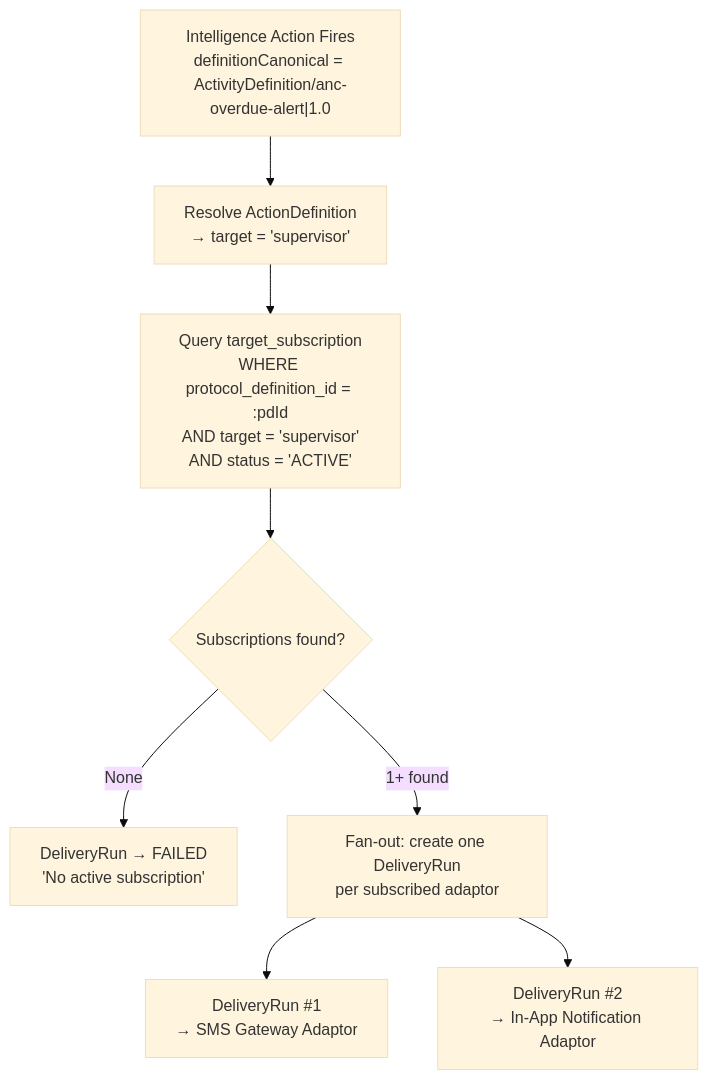
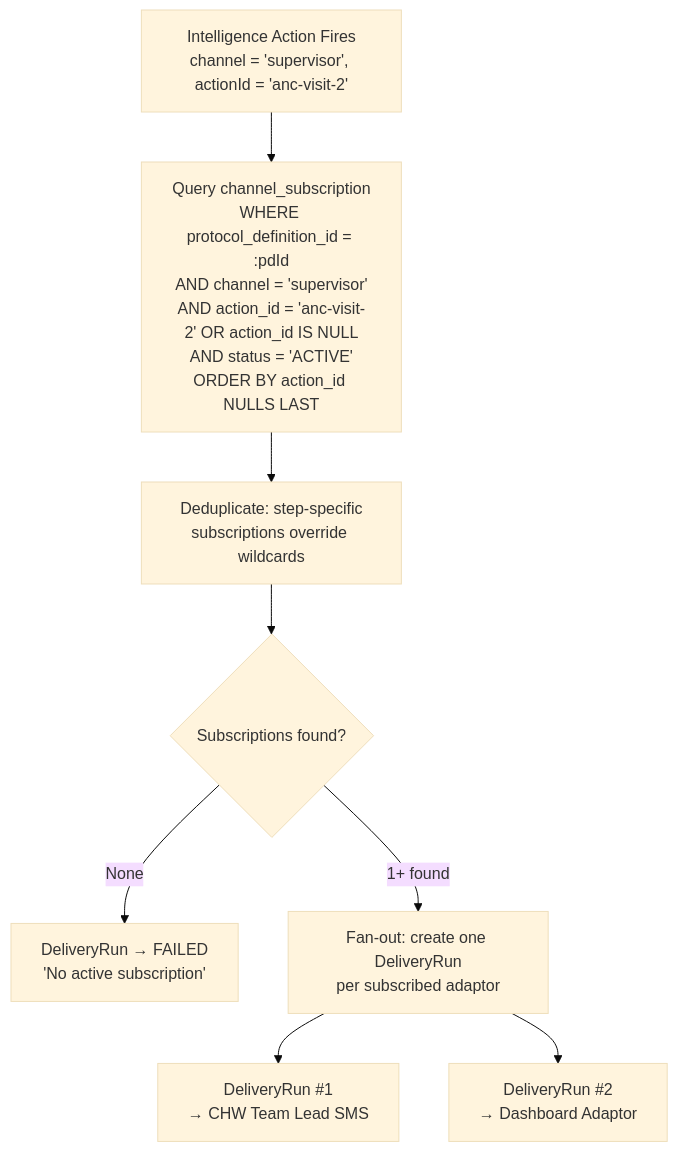
One commit to Jayaprakash8887/cce-intelligence-service changed the fifth of 6 diagrams in docs/architecture-overview.md. Above: the diagram before and after it, drawn with Mermaid (base theme). The commit also changed other lines of this file and 6 other files, not shown here.

Commit message:
documentation update with channel instead of target and FHIR rep of receiver adaptors

````diff
--- a/docs/architecture-overview.md
+++ b/docs/architecture-overview.md
@@ -459,10 +455,10 @@
 ```mermaid
 flowchart TD
-    ACTION["Intelligence Action Fires<br/>definitionCanonical = ActivityDefinition/anc-overdue-alert|1.0"] --> RESOLVE["Resolve ActionDefinition<br/>→ target = 'supervisor'"]
-    RESOLVE --> LOOKUP["Query target_subscription<br/>WHERE protocol_definition_id = :pdId<br/>AND target = 'supervisor'<br/>AND status = 'ACTIVE'"]
-    LOOKUP --> RESULT{"Subscriptions found?"}
+    ACTION["Intelligence Action Fires<br/>channel = 'supervisor', actionId = 'anc-visit-2'"] --> LOOKUP["Query channel_subscription<br/>WHERE protocol_definition_id = :pdId<br/>AND channel = 'supervisor'<br/>AND action_id = 'anc-visit-2' OR action_id IS NULL<br/>AND status = 'ACTIVE'<br/>ORDER BY action_id NULLS LAST"]
+    LOOKUP --> DEDUP["Deduplicate: step-specific<br/>subscriptions override wildcards"]
+    DEDUP --> RESULT{"Subscriptions found?"}
     RESULT -->|"None"| FAIL["DeliveryRun → FAILED<br/>'No active subscription'"]
     RESULT -->|"1+ found"| FANOUT["Fan-out: create one DeliveryRun<br/>per subscribed adaptor"]
-    FANOUT --> D1["DeliveryRun #1<br/>→ SMS Gateway Adaptor"]
-    FANOUT --> D2["DeliveryRun #2<br/>→ In-App Notification Adaptor"]
+    FANOUT --> D1["DeliveryRun #1<br/>→ CHW Team Lead SMS"]
+    FANOUT --> D2["DeliveryRun #2<br/>→ Dashboard Adaptor"]
 ```
````
